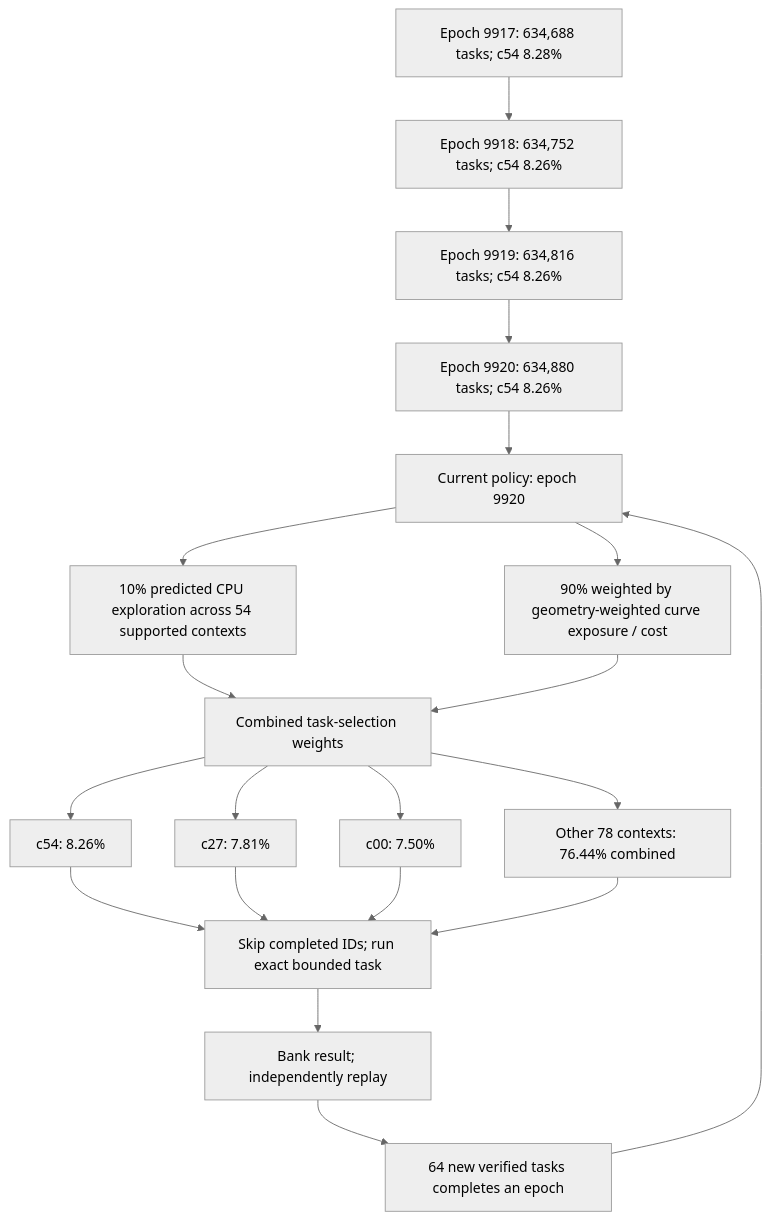
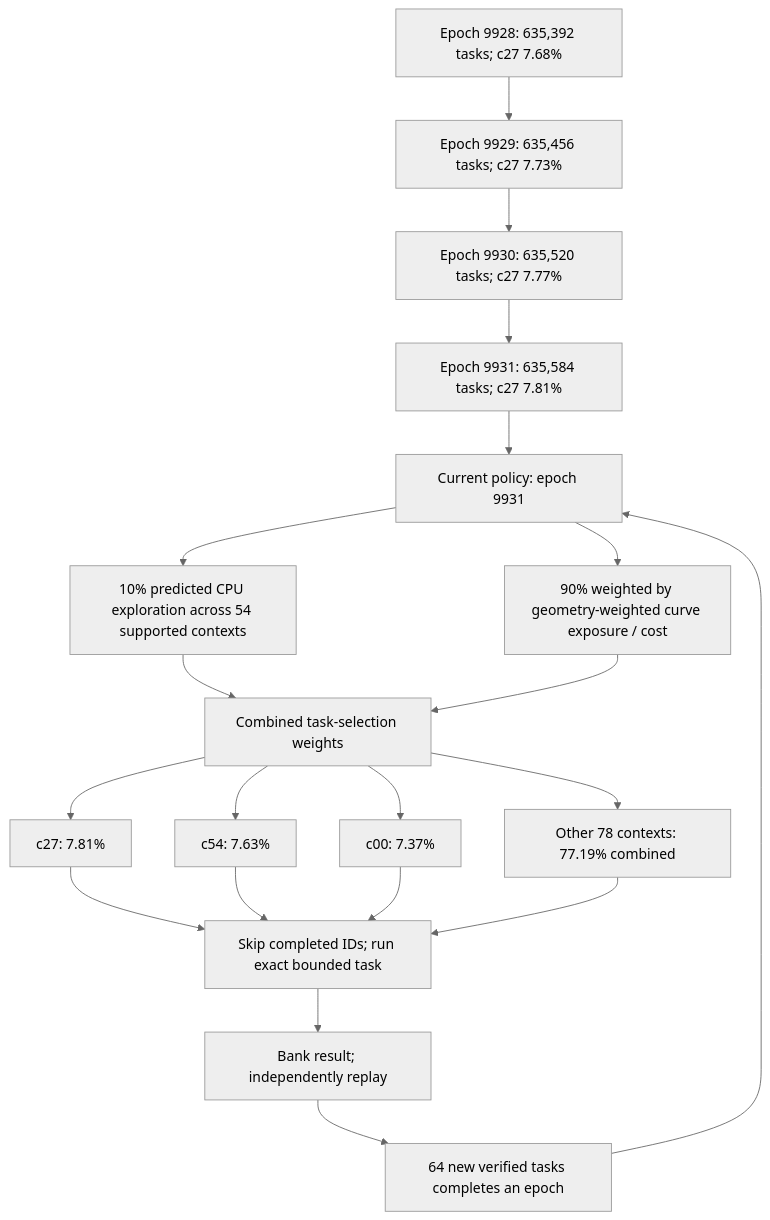
One commit to Kuberwastaken/math-gambling changed the first of 4 diagrams in README.md. Above: the diagram before and after it, drawn with Mermaid (neutral theme). The commit also changed other lines of this file and 1521 other files, not shown here.

````diff
--- a/README.md
+++ b/README.md
@@ -60,27 +60,27 @@
 ```mermaid
 flowchart TD
-    H0["Epoch 9917: 634,688 tasks; c54 8.28%"]
-    H1["Epoch 9918: 634,752 tasks; c54 8.26%"]
+    H0["Epoch 9928: 635,392 tasks; c27 7.68%"]
+    H1["Epoch 9929: 635,456 tasks; c27 7.73%"]
     H0 --> H1
-    H2["Epoch 9919: 634,816 tasks; c54 8.26%"]
+    H2["Epoch 9930: 635,520 tasks; c27 7.77%"]
     H1 --> H2
-    H3["Epoch 9920: 634,880 tasks; c54 8.26%"]
+    H3["Epoch 9931: 635,584 tasks; c27 7.81%"]
     H2 --> H3
-    Policy["Current policy: epoch 9920"]
+    Policy["Current policy: epoch 9931"]
     H3 --> Policy
     Policy --> Explore["10% predicted CPU exploration across 54 supported contexts"]
     Policy --> Cost["90% weighted by geometry-weighted curve exposure / cost"]
     Explore --> Mix["Combined task-selection weights"]
     Cost --> Mix
-    Mix --> C0["c54: 8.26%"]
-    Mix --> C1["c27: 7.81%"]
-    Mix --> C2["c00: 7.50%"]
-    Mix --> Rest["Other 78 contexts: 76.44% combined"]
+    Mix --> C0["c27: 7.81%"]
+    Mix --> C1["c54: 7.63%"]
+    Mix --> C2["c00: 7.37%"]
+    Mix --> Rest["Other 78 contexts: 77.19% combined"]
     C0 --> Check["Skip completed IDs; run exact bounded task"]
     C1 --> Check
     C2 --> Check
     Rest --> Check
     Check --> Replay["Bank result; independently replay"]
     Replay --> Gate["64 new verified tasks completes an epoch"]
     Gate --> Policy
 ```
````
